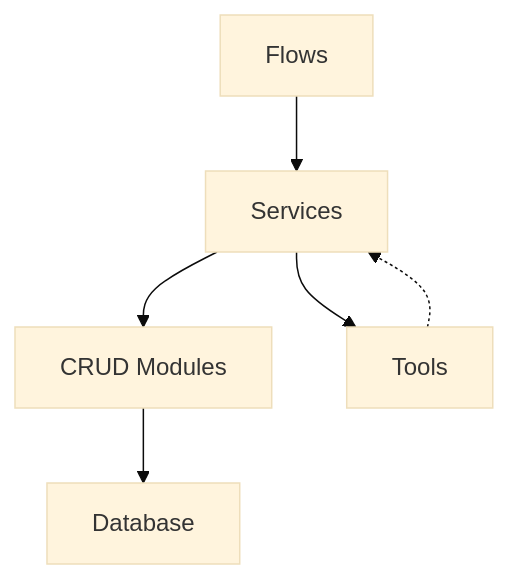
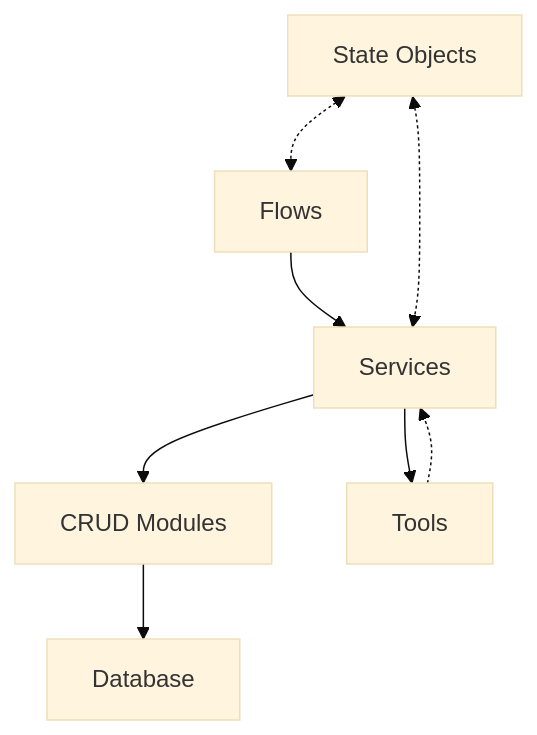
The diagram in memory-bank/systemPatterns.md (arockwell/local_newsifier), drawn with Mermaid (base theme) before and after one commit. The commit also changed other lines of this file and 2 other files, not shown here.

````diff
--- a/memory-bank/systemPatterns.md
+++ b/memory-bank/systemPatterns.md
@@ -26,8 +31,10 @@
 ```mermaid
 graph TD
     A[Flows] --> B[Services]
     B --> C[CRUD Modules]
     B --> D[Tools]
     C --> E[Database]
     D -.-> B
+    F[State Objects] <-.-> A
+    F <-.-> B
 ```
````
